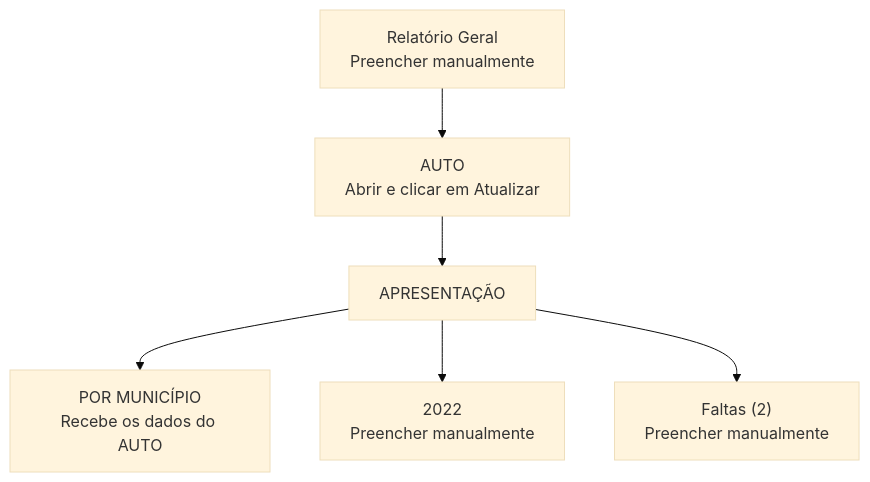
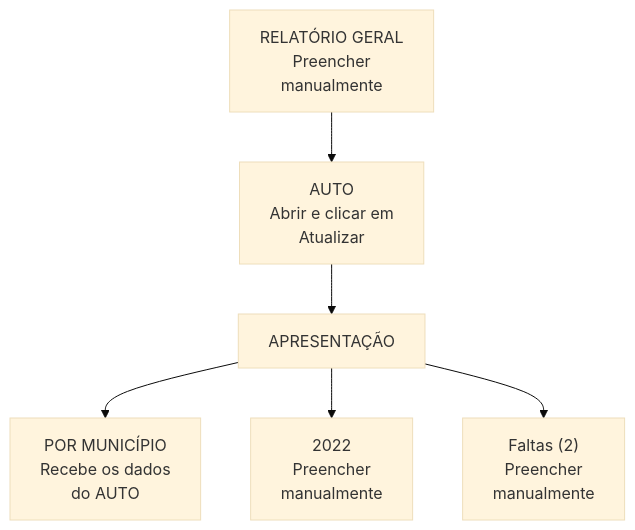
One commit to CISBAF-OBSERVATORIO/Dashboard-Marque-Facil changed the diagram in docs/Atualizar Dashboard/Guia_Fluxo_Atualizacao_Marque_Facil.md. Above: the diagram before and after it, drawn with Mermaid (base theme). The commit also changed other lines of this file, not shown here.

Commit message:
doc atualizar o tamanho do mermaid

````diff
--- a/docs/Atualizar Dashboard/Guia_Fluxo_Atualizacao_Marque_Facil.md
+++ b/docs/Atualizar Dashboard/Guia_Fluxo_Atualizacao_Marque_Facil.md
@@ -11,9 +11,9 @@
 ``` mermaid
 flowchart TD
-    A["Relatório Geral<br/>Preencher manualmente"] --> B["AUTO<br/>Abrir e clicar em Atualizar"]
+    A["RELATÓRIO GERAL<br/>Preencher<br/> manualmente"] --> B["AUTO<br/>Abrir e clicar em<br/> Atualizar"]
     B --> C["APRESENTAÇÃO"]
-    C --> D["POR MUNICÍPIO<br/>Recebe os dados do AUTO"]
-    C --> E["2022<br/>Preencher manualmente"]
-    C --> F["Faltas (2)<br/>Preencher manualmente"]
+    C --> D["POR MUNICÍPIO<br/>Recebe os dados<br/> do AUTO"]
+    C --> E["2022<br/>Preencher<br/> manualmente"]
+    C --> F["Faltas (2)<br/>Preencher<br/> manualmente"]
 
 ```
````
